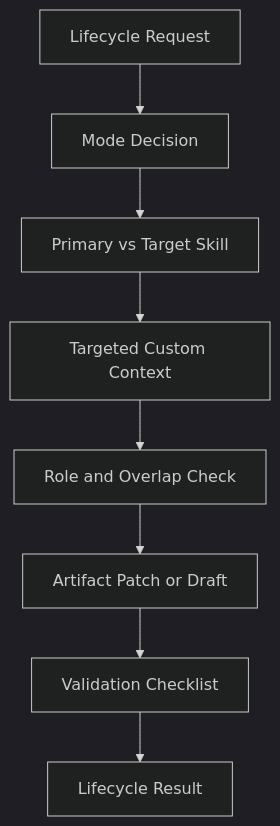
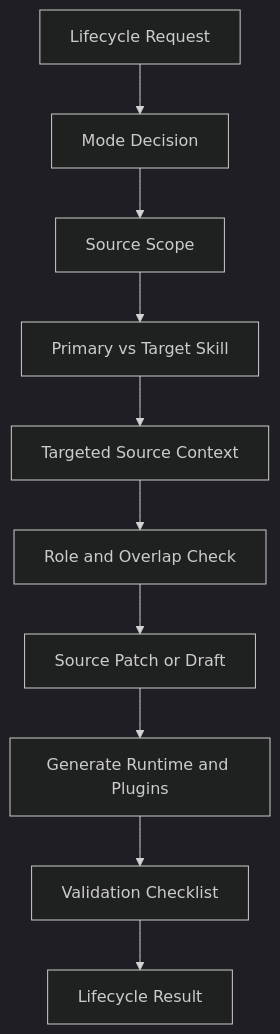
The diagram in plugins/skill-system-maintainer/skills/create-skill-pack/docs/document.md (jhan153/skill-system), drawn with Mermaid (dark theme) before and after one commit. The commit also changed other lines of this file and 57 other files, not shown here.

````diff
--- a/plugins/skill-system-maintainer/skills/create-skill-pack/docs/document.md
+++ b/plugins/skill-system-maintainer/skills/create-skill-pack/docs/document.md
@@ -17,10 +20,12 @@
 ```mermaid
 flowchart TD
     R[Lifecycle Request] --> M[Mode Decision]
-    M --> T[Primary vs Target Skill]
-    T --> C[Targeted Custom Context]
+    M --> S[Source Scope]
+    S --> T[Primary vs Target Skill]
+    T --> C[Targeted Source Context]
     C --> O[Role and Overlap Check]
-    O --> A[Artifact Patch or Draft]
-    A --> V[Validation Checklist]
+    O --> A[Source Patch or Draft]
+    A --> G[Generate Runtime and Plugins]
+    G --> V[Validation Checklist]
     V --> F[Lifecycle Result]
 ```
````
